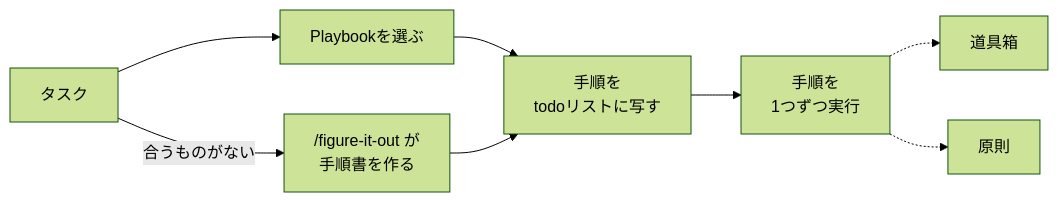
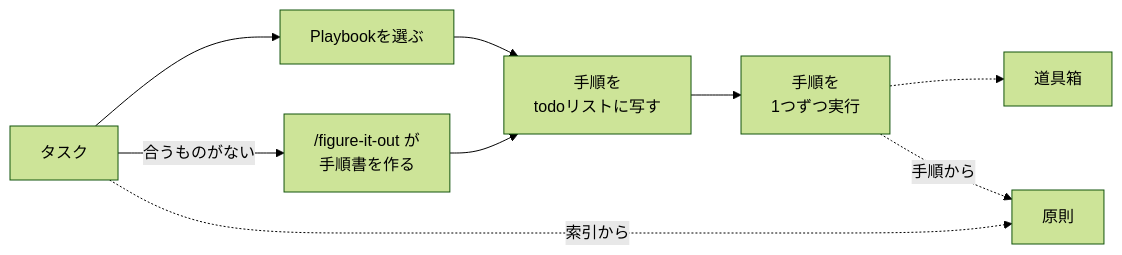
Before and after one commit to nakamoto-masa/zenn-content: the second of 2 diagrams in articles/pstack-structure-map.md, drawn with Mermaid (forest theme). The commit also changed other lines of this file, not shown here.

````diff
--- a/articles/pstack-structure-map.md
+++ b/articles/pstack-structure-map.md
@@ -72,10 +71,11 @@
 ```mermaid
 flowchart LR
   A["タスク"] --> C["Playbookを選ぶ"]
   A -- 合うものがない --> F["/figure-it-out が<br>手順書を作る"]
   C --> D["手順を<br>todoリストに写す"]
   F --> D
   D --> E["手順を<br>1つずつ実行"]
   E -.-> T["道具箱"]
-  E -.-> R["原則"]
+  A -. 索引から .-> R["原則"]
+  E -. 手順から .-> R
 ```
````
